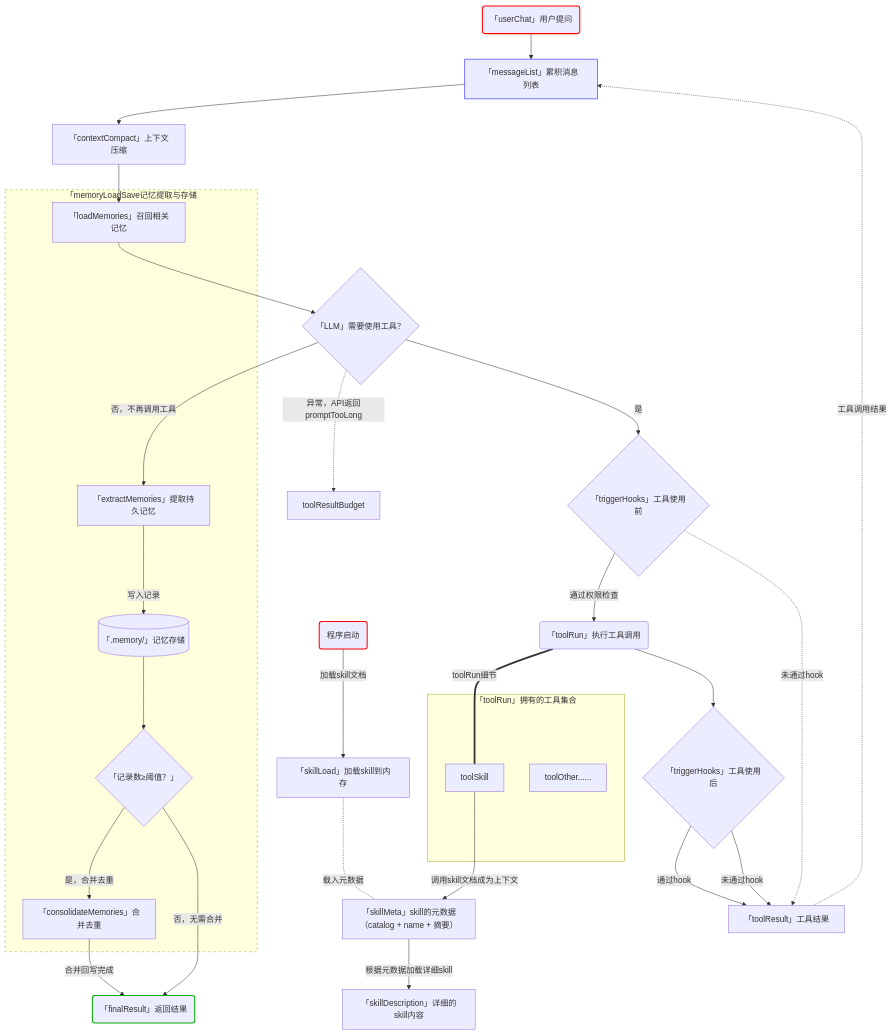
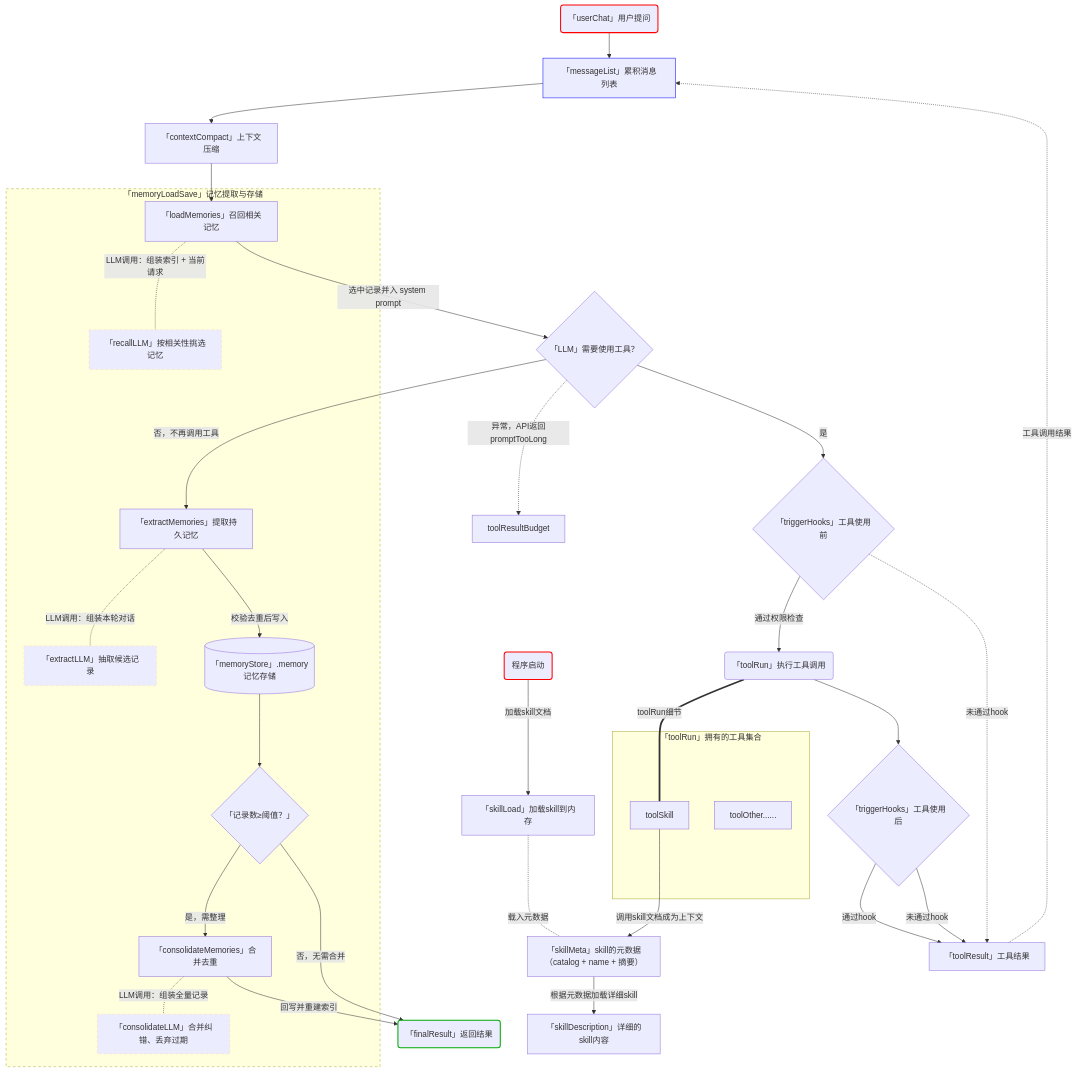
Before and after one commit to zjinc36/zjinc36.github.io: the diagram in 2026/20260904-learnClaudeCode_009_memory.md, drawn with Mermaid.

````diff
--- a/2026/20260904-learnClaudeCode_009_memory.md
+++ b/2026/20260904-learnClaudeCode_009_memory.md
@@ -60,37 +60,43 @@
 
     contextCompact@{shape: rect, label: "「contextCompact」上下文压缩"}
 
-    subgraph memoryLoadSave[「memoryLoadSave记忆提取与存储]
-        memoryStore@{shape: cyl, label: "「.memory/」记忆存储"}
-        memoryRecall@{shape: rect, label: "「loadMemories」召回相关记忆"}
-        memoryExtract@{shape: rect, label: "「extractMemories」提取持久记忆"}
-        memoryConsolidate@{shape: rect, label: "「consolidateMemories」合并去重"}
+    subgraph memoryLoadSave[「memoryLoadSave」记忆提取与存储]
+        memoryStore@{shape: cyl, label: "「memoryStore」.memory记忆存储"}
+        loadMemories@{shape: rect, label: "「loadMemories」召回相关记忆"}
+        recallLLM@{shape: rect, label: "「recallLLM」按相关性挑选记忆"}
+        extractMemories@{shape: rect, label: "「extractMemories」提取持久记忆"}
+        extractLLM@{shape: rect, label: "「extractLLM」抽取候选记录"}
+        consolidateMemories@{shape: rect, label: "「consolidateMemories」合并去重"}
+        consolidateLLM@{shape: rect, label: "「consolidateLLM」合并纠错、丢弃过期"}
         memoryThreshold@{shape: diamond, label: "「记录数≥阈值？」"}
     end
 
 
     userChat --> messageList
     messageList --> contextCompact
-    contextCompact --> memoryRecall
-    memoryRecall --> LLM
+    contextCompact --> loadMemories
+    loadMemories -.- |LLM调用：组装索引 + 当前请求| recallLLM
+    loadMemories --> |选中记录并入 system prompt| LLM
     LLM -.-> |异常，API返回promptTooLong| toolResultBudget
     LLM --> |是| hookPreToolUse
     hookPreToolUse --> |通过权限检查| toolRun
     hookPreToolUse -.->|未通过hook| toolResult
-    LLM --> |否，不再调用工具| memoryExtract
+    LLM --> |否，不再调用工具| extractMemories
     toolRun === |toolRun细节| toolSkill
-    toolSkill -->|调用skill文档成为上下文| skillMeta
-    skillMeta -->|根据元数据加载详细skill| skillDescription
+    toolSkill --> |调用skill文档成为上下文| skillMeta
+    skillMeta --> |根据元数据加载详细skill| skillDescription
     toolRun --> hookPostToolUse
     hookPostToolUse --> |通过hook| toolResult
     hookPostToolUse --> |未通过hook| toolResult
     toolResult -.-> |工具调用结果| messageList
 
-    memoryExtract --> |写入记录| memoryStore
+    extractMemories -.- |LLM调用：组装本轮对话| extractLLM
+    extractMemories --> |校验去重后写入| memoryStore
     memoryStore --> memoryThreshold
-    memoryThreshold --> |是，合并去重| memoryConsolidate
+    memoryThreshold --> |是，需整理| consolidateMemories
+    consolidateMemories -.- |LLM调用：组装全量记录| consolidateLLM
+    consolidateMemories --> |回写并重建索引| finalResult
     memoryThreshold --> |否，无需合并| finalResult
-    memoryConsolidate --> |合并回写完成| finalResult
 
     style userChat stroke:#ff0000, stroke-width:2px
     style processStart stroke:#ff0000, stroke-width:2px
@@ -100,6 +106,14 @@
     messageList:::blueStrokeColor
     memoryLoadSave:::dashedNode
 
+    recallLLM:::grayStrokeColor
+    extractLLM:::grayStrokeColor
+    consolidateLLM:::grayStrokeColor
+    recallLLM:::dashedNode
+    extractLLM:::dashedNode
+    consolidateLLM:::dashedNode
+
     classDef dashedNode stroke-dasharray: 5 5
     classDef blueStrokeColor stroke:#0000ff
+    classDef grayStrokeColor stroke:#FFDEAD
 ```
````
